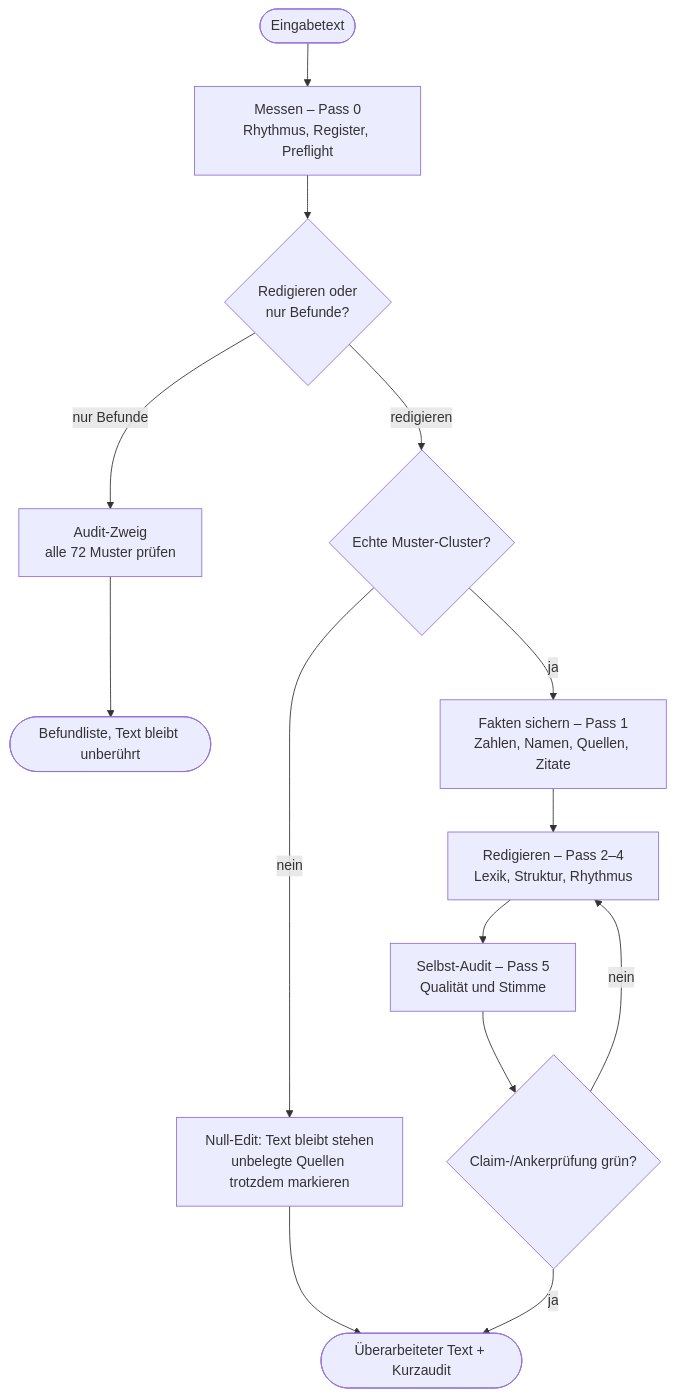
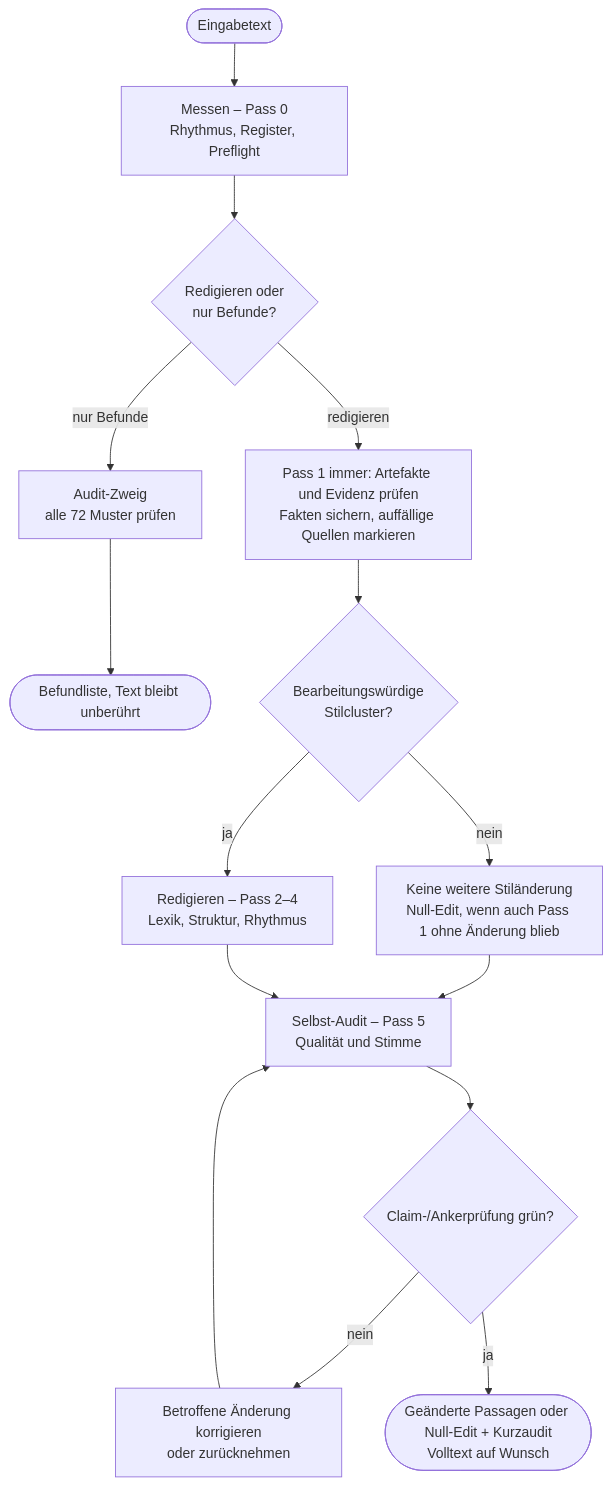
Before and after one commit to marmbiz/humanizer-de: the diagram in README.md, drawn with Mermaid. The commit also changed other lines of this file and 3 other files, not shown here.

````diff
--- a/README.md
+++ b/README.md
@@ -313,16 +243,17 @@
 ```mermaid
 flowchart TD
     T([Eingabetext]) --> M["Messen – Pass 0<br/>Rhythmus, Register, Preflight"]
     M --> Z{"Redigieren oder<br/>nur Befunde?"}
     Z -- "nur Befunde" --> AU["Audit-Zweig<br/>alle 72 Muster prüfen"]
     AU --> B([Befundliste, Text bleibt unberührt])
-    Z -- redigieren --> C{"Echte Muster-Cluster?"}
-    C -- nein --> N["Null-Edit: Text bleibt stehen<br/>unbelegte Quellen trotzdem markieren"]
-    N --> O
-    C -- ja --> E["Fakten sichern – Pass 1<br/>Zahlen, Namen, Quellen, Zitate"]
-    E --> R["Redigieren – Pass 2–4<br/>Lexik, Struktur, Rhythmus"]
+    Z -- redigieren --> E["Pass 1 immer: Artefakte und Evidenz prüfen<br/>Fakten sichern, auffällige Quellen markieren"]
+    E --> C{"Bearbeitungswürdige<br/>Stilcluster?"}
+    C -- nein --> N["Keine weitere Stiländerung<br/>Null-Edit, wenn auch Pass 1 ohne Änderung blieb"]
+    N --> A
+    C -- ja --> R["Redigieren – Pass 2–4<br/>Lexik, Struktur, Rhythmus"]
     R --> A["Selbst-Audit – Pass 5<br/>Qualität und Stimme"]
     A --> G{"Claim-/Ankerprüfung grün?"}
-    G -- nein --> R
-    G -- ja --> O([Überarbeiteter Text + Kurzaudit])
+    G -- nein --> K["Betroffene Änderung korrigieren<br/>oder zurücknehmen"]
+    K --> A
+    G -- ja --> O([Geänderte Passagen oder Null-Edit + Kurzaudit<br/>Volltext auf Wunsch])
 ```
````
